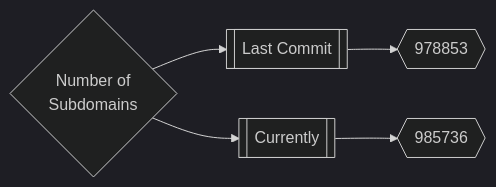
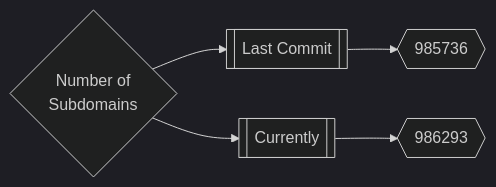
One commit to trickest/inventory changed the first of 3 diagrams in README.md. Above: the diagram before and after it, drawn with Mermaid (dark theme). The commit also changed other lines of this file, not shown here.

Commit message:
Update README.md Fri Jul 29 21:31:25 UTC 2022

````diff
--- a/README.md
+++ b/README.md
@@ -167,5 +167,5 @@
 ```mermaid
 graph LR
-title{Number of<br>Subdomains} --> subdomainsDate1[[Last Commit]] --> subdomainsNum1{{978853}}
-title --> subdomainsDate2[[Currently]] --> subdomainsNum2{{985736}}
+title{Number of<br>Subdomains} --> subdomainsDate1[[Last Commit]] --> subdomainsNum1{{985736}}
+title --> subdomainsDate2[[Currently]] --> subdomainsNum2{{986293}}
 ```
````
